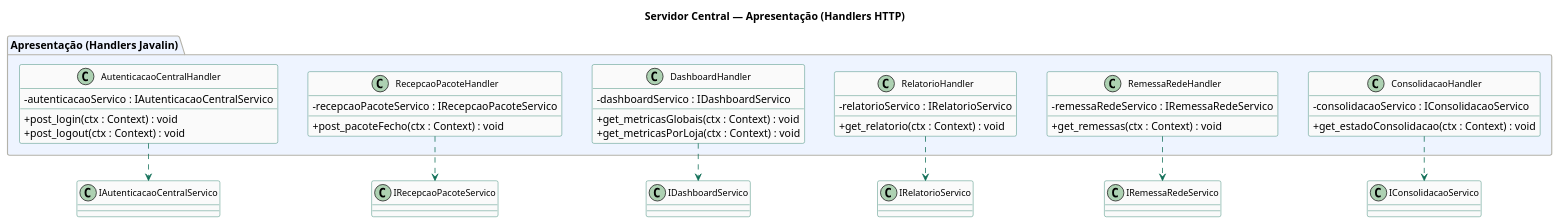
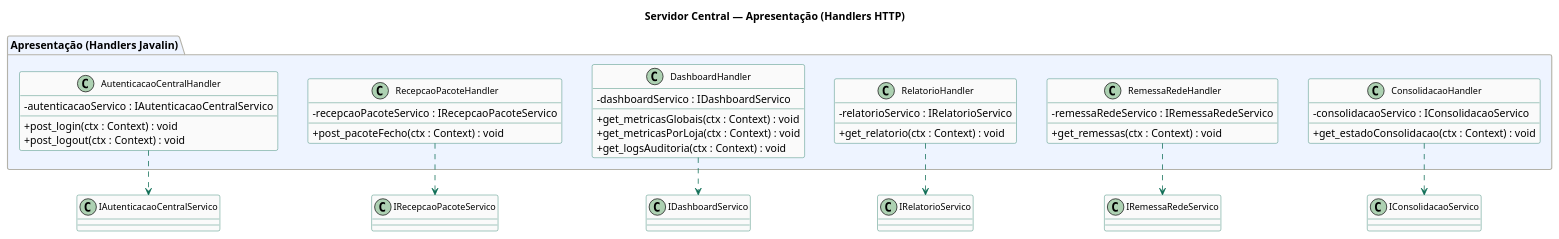
Before and after one commit to SimaoOliveira05/LI4: the diagram in Diagramas de Classe/software_servidor_central/apresentacao/src/apresentacao_handlers.puml, drawn with PlantUML. The commit also changed 1 other file, not shown here.

Commit message:
Small correction to class diagrams

```diff
--- a/Diagramas de Classe/software_servidor_central/apresentacao/src/apresentacao_handlers.puml
+++ b/Diagramas de Classe/software_servidor_central/apresentacao/src/apresentacao_handlers.puml
@@ -1,62 +1,63 @@
 @startuml servidor_central_apresentacao_handlers
 skinparam classAttributeIconSize 0
 skinparam classFontSize 12
 skinparam classHeaderBackgroundColor #E1F5EE
 skinparam classBorderColor #0F6E56
 skinparam classBackgroundColor #FAFAFA
 skinparam arrowColor #0F6E56
 skinparam stereotypeCBackgroundColor #EEEDFE
 skinparam stereotypeABackgroundColor #FAC775
 skinparam stereotypeIBackgroundColor #D1ECF1
 skinparam packageBackgroundColor #F8F8F8
 skinparam packageBorderColor #B4B2A9
 skinparam linetype ortho
 skinparam nodesep 40
 skinparam ranksep 50
 
 title Servidor Central — Apresentação (Handlers HTTP)
 
 package "Apresentação (Handlers Javalin)" #EEF4FF {
 
   class AutenticacaoCentralHandler {
     - autenticacaoServico : IAutenticacaoCentralServico
     + post_login(ctx : Context) : void
     + post_logout(ctx : Context) : void
   }
 
   class RecepcaoPacoteHandler {
     - recepcaoPacoteServico : IRecepcaoPacoteServico
     + post_pacoteFecho(ctx : Context) : void
   }
 
   class DashboardHandler {
     - dashboardServico : IDashboardServico
     + get_metricasGlobais(ctx : Context) : void
     + get_metricasPorLoja(ctx : Context) : void
+    + get_logsAuditoria(ctx : Context) : void
   }
 
   class RelatorioHandler {
     - relatorioServico : IRelatorioServico
     + get_relatorio(ctx : Context) : void
   }
 
   class RemessaRedeHandler {
     - remessaRedeServico : IRemessaRedeServico
     + get_remessas(ctx : Context) : void
   }
 
   class ConsolidacaoHandler {
     - consolidacaoServico : IConsolidacaoServico
     + get_estadoConsolidacao(ctx : Context) : void
   }
 }
 
 ' Handlers → Interfaces de Serviço
 AutenticacaoCentralHandler ..> IAutenticacaoCentralServico
 RecepcaoPacoteHandler ..> IRecepcaoPacoteServico
 DashboardHandler ..> IDashboardServico
 RelatorioHandler ..> IRelatorioServico
 RemessaRedeHandler ..> IRemessaRedeServico
 ConsolidacaoHandler ..> IConsolidacaoServico
 
 @enduml
```
